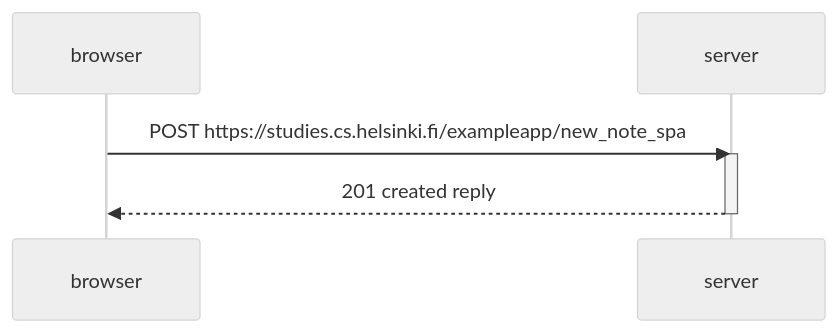
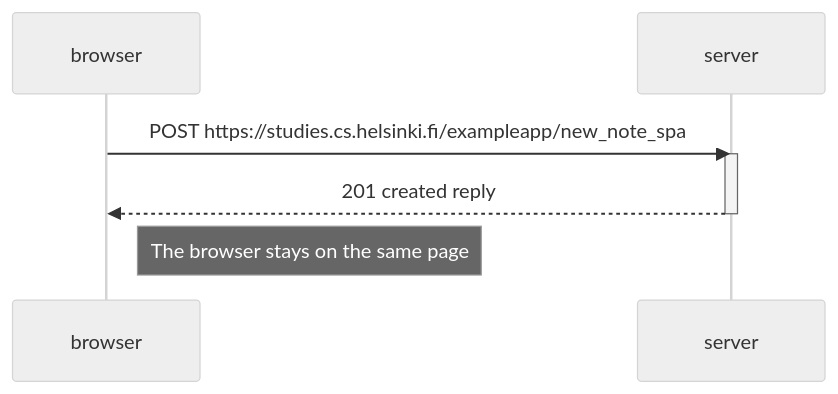
The diagram in 06_uusi_muistiipano.md (sarkilahtisa/Palautusrepositorio), drawn with Mermaid (neutral theme) before and after one commit.

````diff
--- a/06_uusi_muistiipano.md
+++ b/06_uusi_muistiipano.md
@@ -1,10 +1,13 @@
 ```mermaid
 sequenceDiagram
     participant browser
     participant server
     
     browser->>server: POST https://studies.cs.helsinki.fi/exampleapp/new_note_spa
     activate server
     server-->>browser: 201 created reply
     deactivate server
+
+    Note right of browser: The browser stays on the same page
+    
 ```
````
